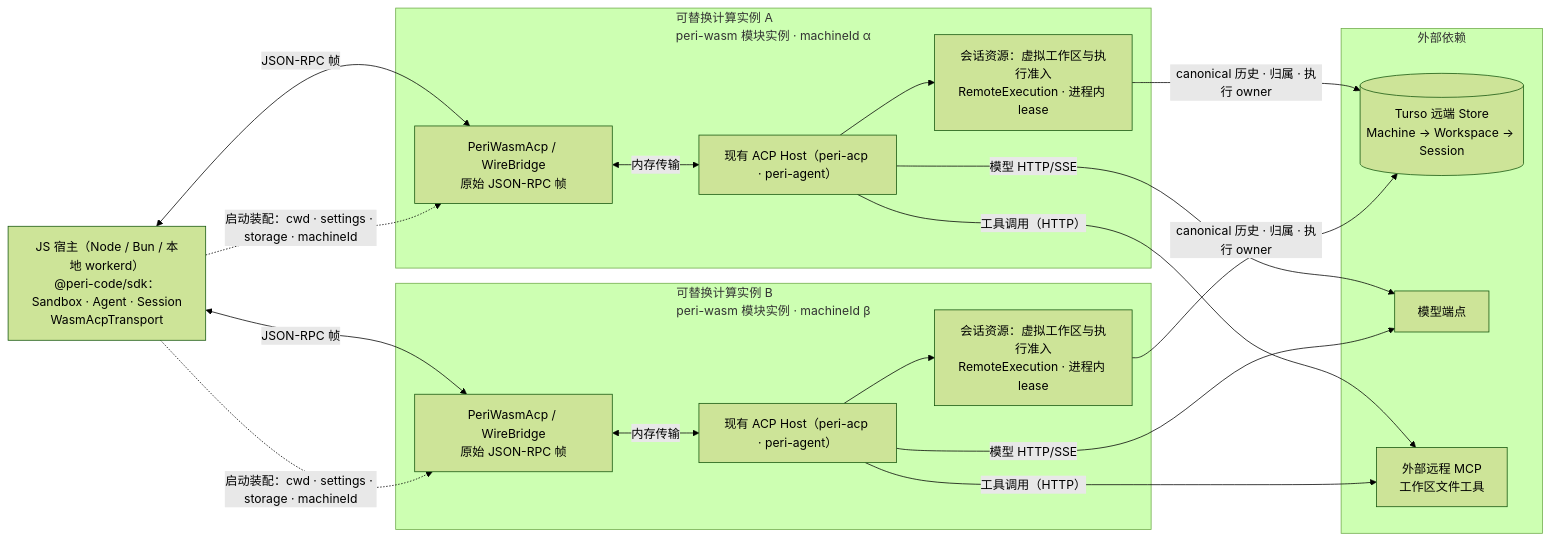
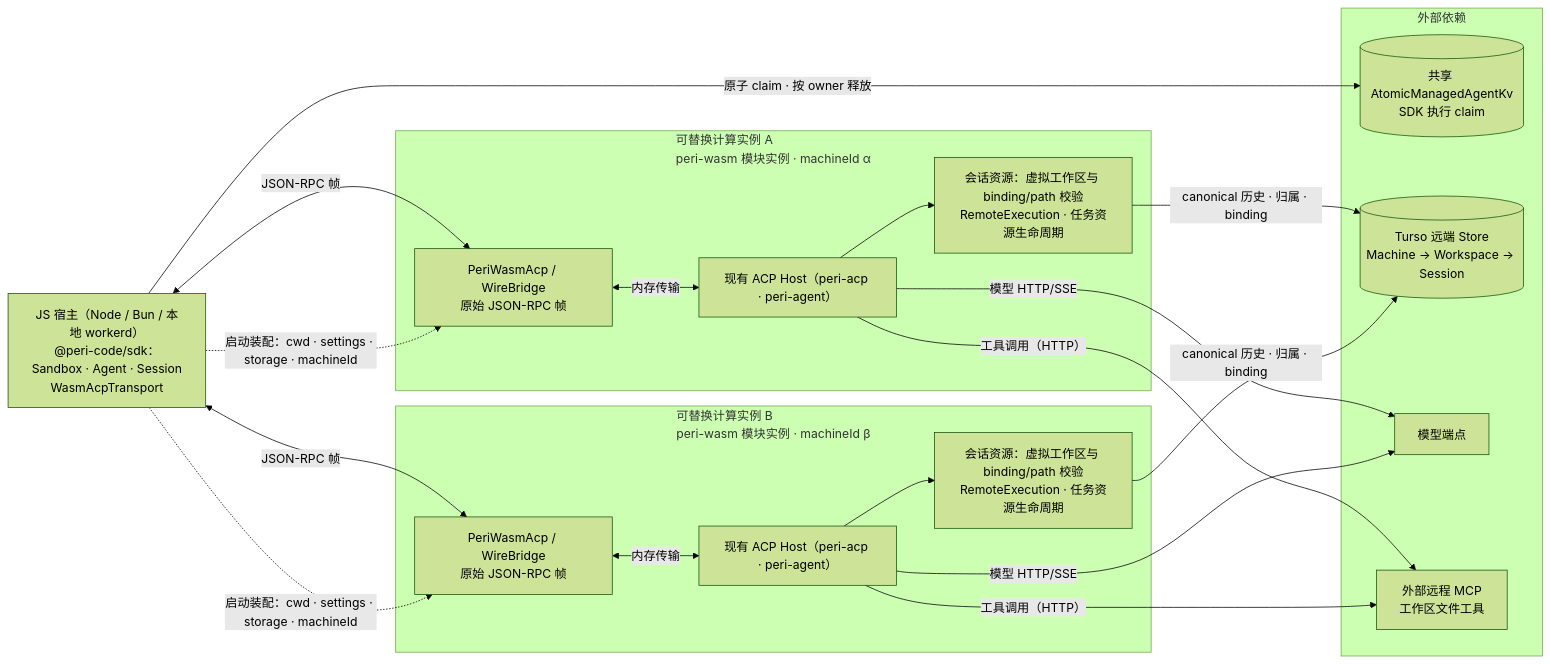
One commit to KonghaYao/peri changed the diagram in docs/design/serverless-execution-identity.md. Above: the diagram before and after it, drawn with Mermaid (forest theme). The commit also changed other lines of this file and 22 other files, not shown here.

````diff
--- a/docs/design/serverless-execution-identity.md
+++ b/docs/design/serverless-execution-identity.md
@@ -14,38 +14,40 @@
 ```mermaid
 flowchart LR
     Host["JS 宿主（Node / Bun / 本地 workerd）<br/>@peri-code/sdk：Sandbox · Agent · Session<br/>WasmAcpTransport"]
 
     subgraph Alpha["可替换计算实例 A<br/>peri-wasm 模块实例 · machineId α"]
         BridgeA["PeriWasmAcp / WireBridge<br/>原始 JSON-RPC 帧"]
         AcpA["现有 ACP Host（peri-acp · peri-agent）"]
-        AuthorityA["会话资源：虚拟工作区与执行准入<br/>RemoteExecution · 进程内 lease"]
+        AuthorityA["会话资源：虚拟工作区与 binding/path 校验<br/>RemoteExecution · 任务资源生命周期"]
         BridgeA <-->|"内存传输"| AcpA
         AcpA --> AuthorityA
     end
 
     subgraph Beta["可替换计算实例 B<br/>peri-wasm 模块实例 · machineId β"]
         BridgeB["PeriWasmAcp / WireBridge<br/>原始 JSON-RPC 帧"]
         AcpB["现有 ACP Host（peri-acp · peri-agent）"]
-        AuthorityB["会话资源：虚拟工作区与执行准入<br/>RemoteExecution · 进程内 lease"]
+        AuthorityB["会话资源：虚拟工作区与 binding/path 校验<br/>RemoteExecution · 任务资源生命周期"]
         BridgeB <-->|"内存传输"| AcpB
         AcpB --> AuthorityB
     end
 
     subgraph External["外部依赖"]
+        Kv[("共享 AtomicManagedAgentKv<br/>SDK 执行 claim")]
         Store[("Turso 远端 Store<br/>Machine → Workspace → Session")]
         Model["模型端点"]
         Mcp["外部远程 MCP<br/>工作区文件工具"]
     end
 
     Host <-->|"JSON-RPC 帧"| BridgeA
     Host -.->|"启动装配：cwd · settings · storage · machineId"| BridgeA
-    AuthorityA -->|"canonical 历史 · 归属 · 执行 owner"| Store
+    Host -->|"原子 claim · 按 owner 释放"| Kv
+    AuthorityA -->|"canonical 历史 · 归属 · binding"| Store
     AcpA -->|"模型 HTTP/SSE"| Model
     AcpA -->|"工具调用（HTTP）"| Mcp
 
     Host <-->|"JSON-RPC 帧"| BridgeB
     Host -.->|"启动装配：cwd · settings · storage · machineId"| BridgeB
-    AuthorityB -->|"canonical 历史 · 归属 · 执行 owner"| Store
+    AuthorityB -->|"canonical 历史 · 归属 · binding"| Store
     AcpB -->|"模型 HTTP/SSE"| Model
     AcpB -->|"工具调用（HTTP）"| Mcp
 ```
````
